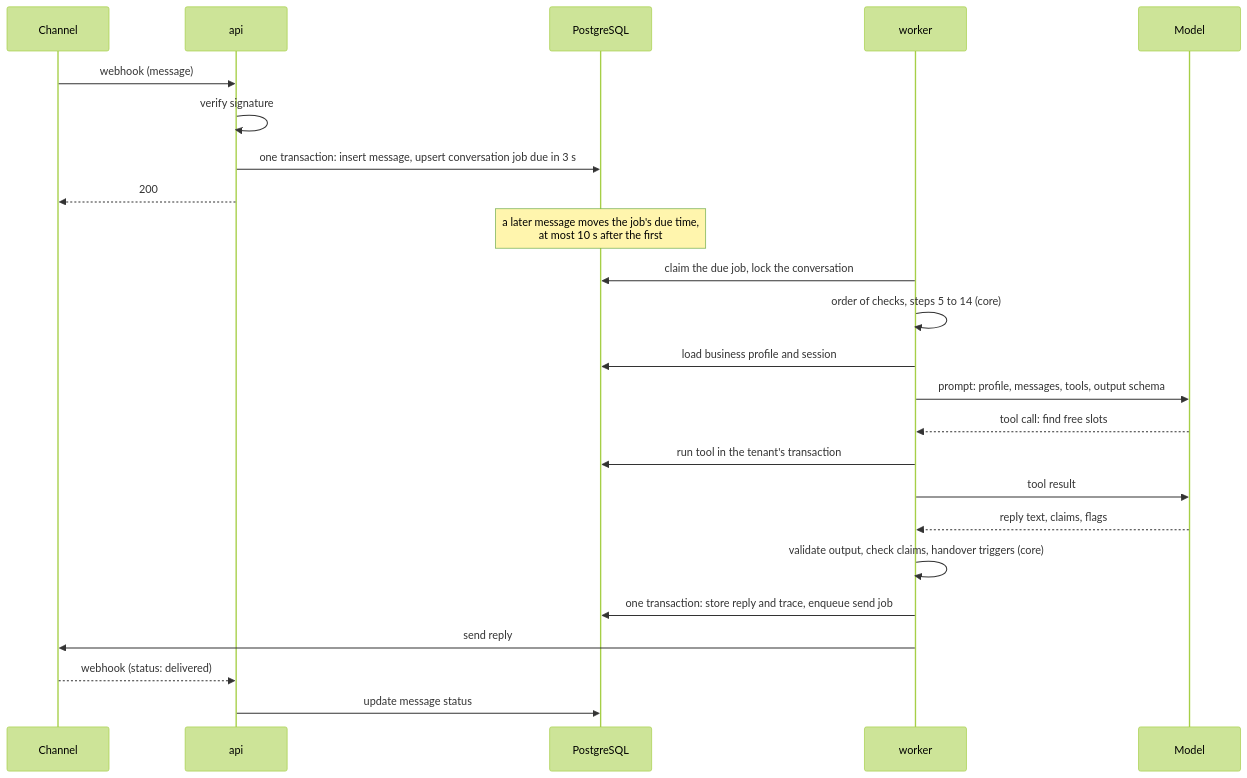
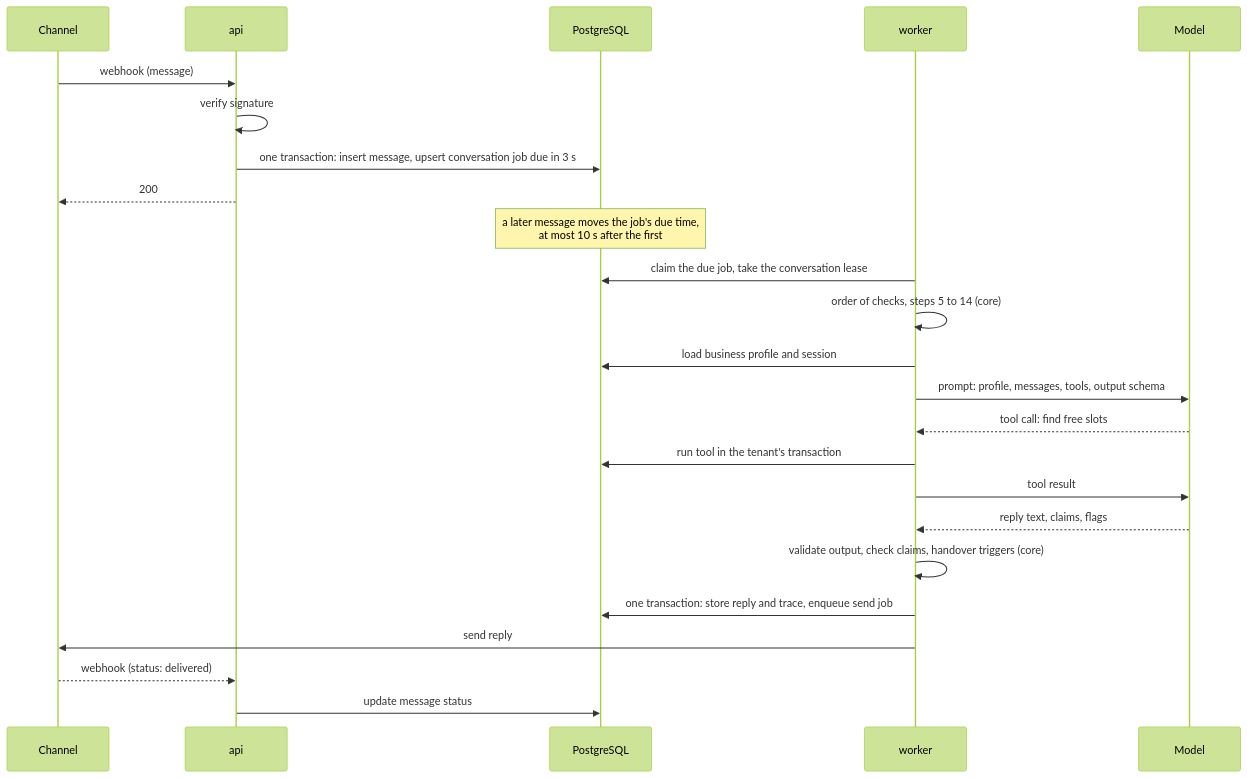
Before and after one commit to zishon89us/polyglot-sales-agent: the fourth of 6 diagrams in docs/design/architecture.md, drawn with Mermaid (forest theme). The commit also changed other lines of this file and 5 other files, not shown here.

````diff
--- a/docs/design/architecture.md
+++ b/docs/design/architecture.md
@@ -231,26 +245,26 @@
 ```mermaid
 sequenceDiagram
     participant M as Channel
     participant A as api
     participant D as PostgreSQL
     participant W as worker
     participant L as Model
     M->>A: webhook (message)
     A->>A: verify signature
     A->>D: one transaction: insert message, upsert conversation job due in 3 s
     A-->>M: 200
     Note over D: a later message moves the job's due time,<br/>at most 10 s after the first
-    W->>D: claim the due job, lock the conversation
+    W->>D: claim the due job, take the conversation lease
     W->>W: order of checks, steps 5 to 14 (core)
     W->>D: load business profile and session
     W->>L: prompt: profile, messages, tools, output schema
     L-->>W: tool call: find free slots
     W->>D: run tool in the tenant's transaction
     W->>L: tool result
     L-->>W: reply text, claims, flags
     W->>W: validate output, check claims, handover triggers (core)
     W->>D: one transaction: store reply and trace, enqueue send job
     W->>M: send reply
     M-->>A: webhook (status: delivered)
     A->>D: update message status
 ```
````
